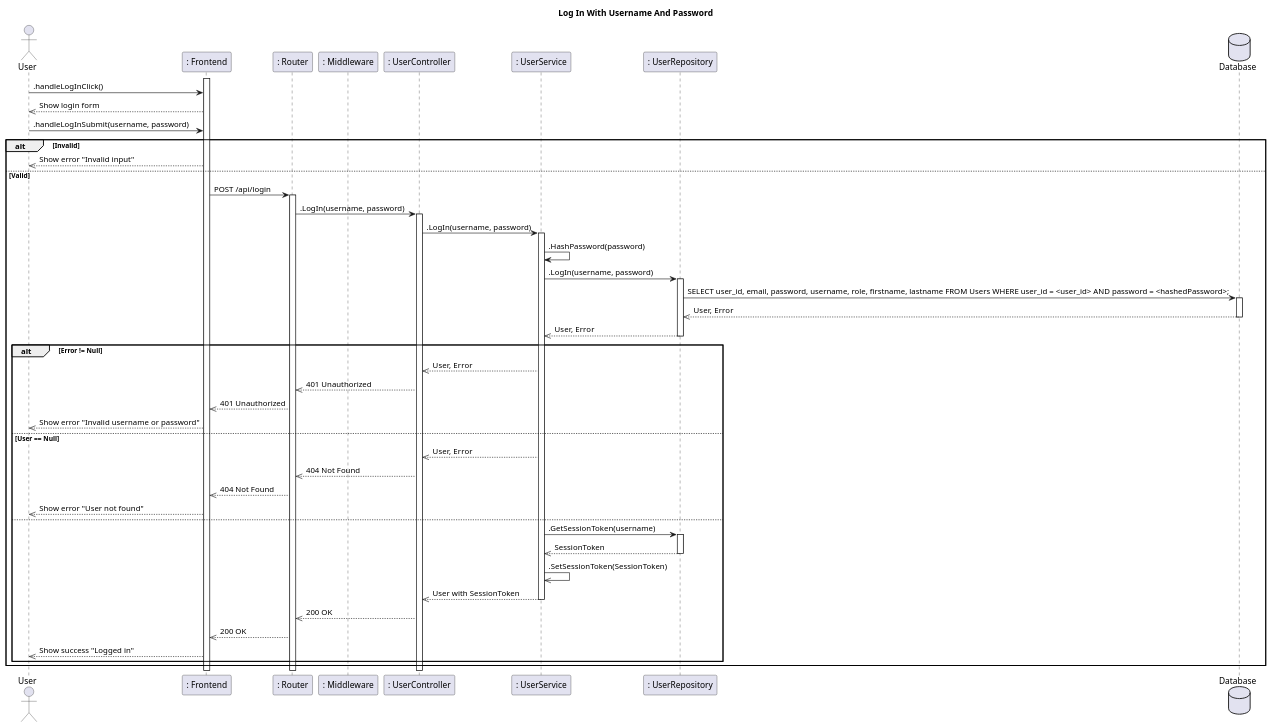
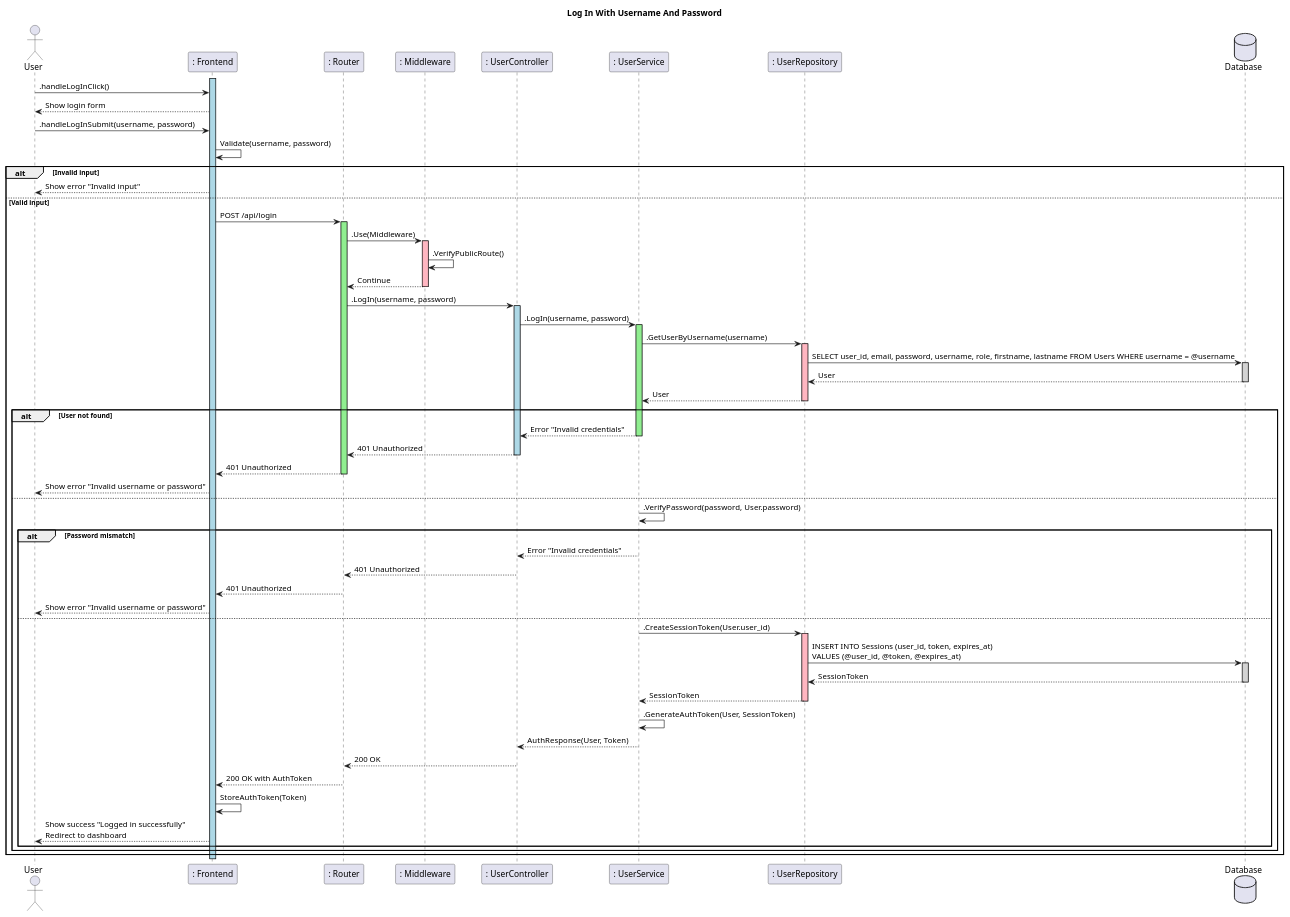
One commit to CS371-Project-Management/CS371-Sequence-Diagram changed the diagram in SD6-Log-In-With-Username-And-Password.puml. Above: the diagram before and after it, drawn with PlantUML. The commit also changed 10 other files, not shown here.

Commit message:
feat: enhance sequence diagrams for login, account creation, class joining, and member deletion with improved error handling and validation

```diff
--- a/SD6-Log-In-With-Username-And-Password.puml
+++ b/SD6-Log-In-With-Username-And-Password.puml
@@ -1,61 +1,92 @@
-@startuml
+@startuml SequenceDiagram
 title Log In With Username And Password
+
 actor User
 participant ": Frontend" as Frontend
 participant ": Router" as Router
 participant ": Middleware" as Middleware
 
 participant ": UserController" as Controller
 participant ": UserService" as Service
 participant ": UserRepository" as Repository
 
 database Database
-activate Frontend
+
+activate Frontend #LightBlue
+
 User -> Frontend: .handleLogInClick()
-Frontend -->> User: Show login form
+Frontend --> User: Show login form
 
 User -> Frontend: .handleLogInSubmit(username, password)
-alt Invalid
-  Frontend -->> User: Show error "Invalid input"
-else Valid
+Frontend -> Frontend: Validate(username, password)
+alt Invalid input
+  Frontend --> User: Show error "Invalid input"
+else Valid input
   Frontend -> Router: POST /api/login
-  activate Router
+  activate Router #LightGreen
+
+  Router -> Middleware: .Use(Middleware)
+  activate Middleware #LightPink
+  Middleware -> Middleware : .VerifyPublicRoute()
+
+  Middleware --> Router: Continue
+  deactivate Middleware
+
   Router -> Controller: .LogIn(username, password)
-  activate Controller
+  activate Controller #LightBlue
+
   Controller -> Service: .LogIn(username, password)
-  activate Service
-  Service -> Service: .HashPassword(password)
-  Service -> Repository: .LogIn(username, password)
-  activate Repository
-  Repository -> Database: SELECT user_id, email, password, username, role, firstname, lastname FROM Users WHERE user_id = <user_id> AND password = <hashedPassword>;
-  activate Database
-  Database -->> Repository: User, Error
+  activate Service #LightGreen
+
+  Service -> Repository: .GetUserByUsername(username)
+  activate Repository #LightPink
+  Repository -> Database: SELECT user_id, email, password, username, role, firstname, lastname FROM Users WHERE username = @username
+  activate Database #LightGray
+  Database --> Repository: User
   deactivate Database
-  Repository -->> Service: User, Error
+  Repository --> Service: User
   deactivate Repository
 
-  alt Error != Null
-    Service -->> Controller: User, Error
-    Controller -->> Router: 401 Unauthorized
-    Router -->> Frontend: 401 Unauthorized
-    Frontend -->> User: Show error "Invalid username or password"
-  else User == Null
-    Service -->> Controller: User, Error
-    Controller -->> Router: 404 Not Found
-    Router -->> Frontend: 404 Not Found
-    Frontend -->> User: Show error "User not found"
+  alt User not found
+    Service --> Controller: Error "Invalid credentials"
+    deactivate Service
+    Controller --> Router: 401 Unauthorized
+    deactivate Controller
+    Router --> Frontend: 401 Unauthorized
+    deactivate Router
+    Frontend --> User: Show error "Invalid username or password"
   else
-    Service -> Repository: .GetSessionToken(username)
-    activate Repository
-    Repository -->> Service: SessionToken
-    deactivate Repository
-    Service ->> Service: .SetSessionToken(SessionToken)
-    Service -->> Controller: User with SessionToken
-    deactivate Service
-    Controller -->> Router: 200 OK
-    Router -->> Frontend: 200 OK
-    Frontend -->> User: Show success "Logged in"
+    Service -> Service: .VerifyPassword(password, User.password)
+    alt Password mismatch
+      Service --> Controller: Error "Invalid credentials"
+      deactivate Service
+      Controller --> Router: 401 Unauthorized
+      deactivate Controller
+      Router --> Frontend: 401 Unauthorized
+      deactivate Router
+      Frontend --> User: Show error "Invalid username or password"
+    else
+      Service -> Repository: .CreateSessionToken(User.user_id)
+      activate Repository #LightPink
+      Repository -> Database: INSERT INTO Sessions (user_id, token, expires_at) \nVALUES (@user_id, @token, @expires_at)
+      activate Database #LightGray
+      Database --> Repository: SessionToken
+      deactivate Database
+      Repository --> Service: SessionToken
+      deactivate Repository
+
+      Service -> Service: .GenerateAuthToken(User, SessionToken)
+      Service --> Controller: AuthResponse(User, Token)
+      deactivate Service
+      Controller --> Router: 200 OK
+      deactivate Controller
+      Router --> Frontend: 200 OK with AuthToken
+      deactivate Router
+      Frontend -> Frontend: StoreAuthToken(Token)
+      Frontend --> User: Show success "Logged in successfully" \nRedirect to dashboard
+    end
   end
-  deactivate Service
 end
+
+deactivate Frontend
 @enduml
```
